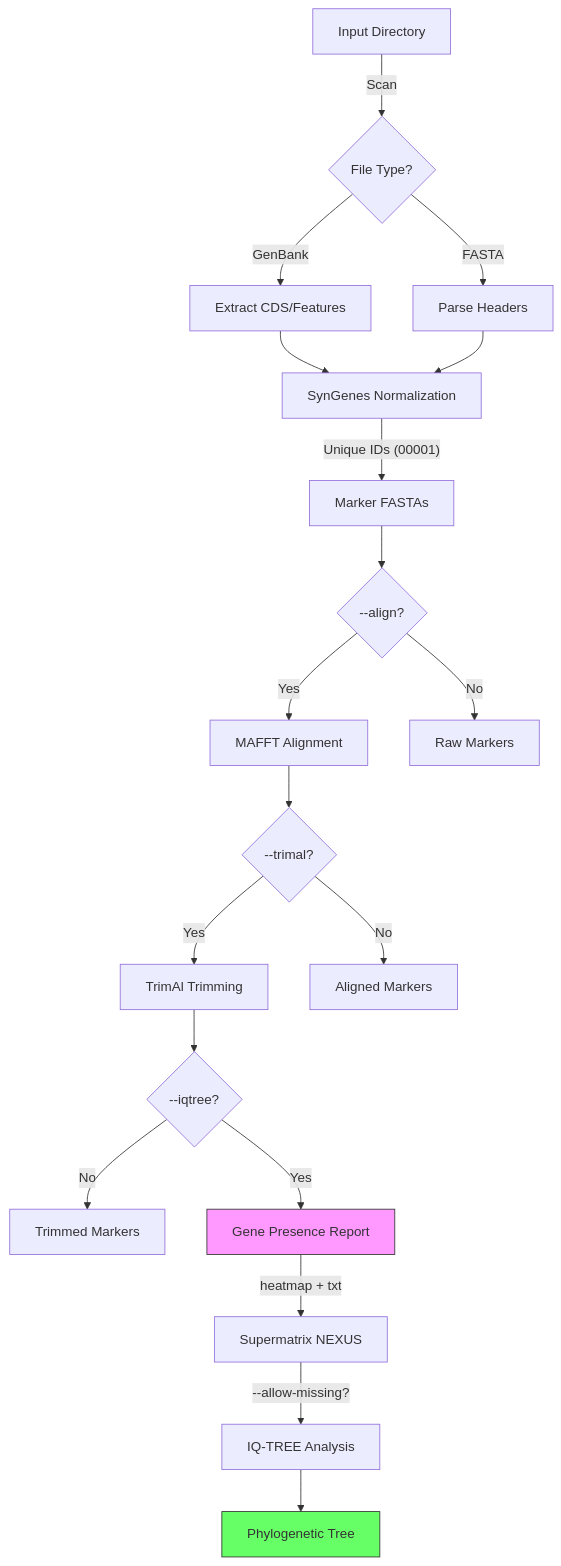
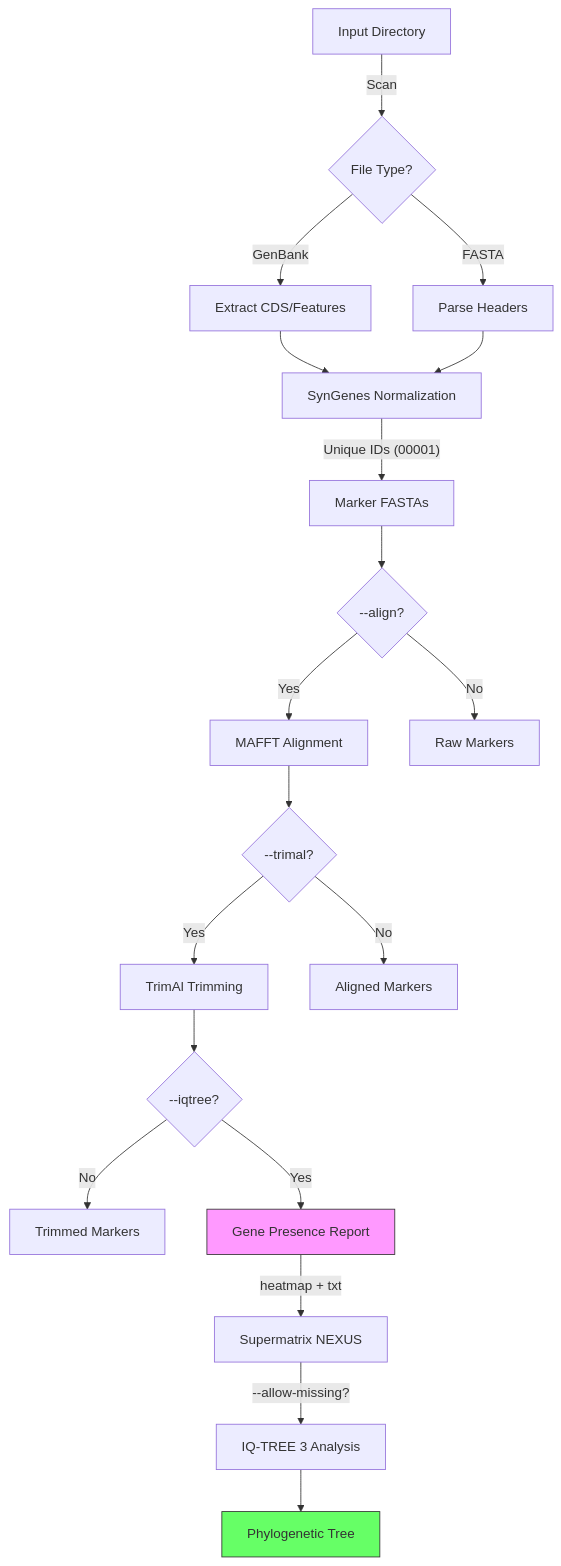
One commit to reinator/splace changed the diagram in README.md. Above: the diagram before and after it, drawn with Mermaid. The commit also changed other lines of this file and 230 other files, not shown here.

````diff
--- a/README.md
+++ b/README.md
@@ -749,24 +819,24 @@
 ```mermaid
 graph TD
     A[Input Directory] -->|Scan| B{File Type?}
     B -->|GenBank| C[Extract CDS/Features]
     B -->|FASTA| D[Parse Headers]
     C --> E[SynGenes Normalization]
     D --> E
     E -->|"Unique IDs (00001)"| F[Marker FASTAs]
     F --> G{--align?}
     G -->|Yes| H[MAFFT Alignment]
     G -->|No| END1[Raw Markers]
     H --> J{--trimal?}
     J -->|Yes| K[TrimAl Trimming]
     J -->|No| END2[Aligned Markers]
     K --> M{--iqtree?}
     M -->|No| END3[Trimmed Markers]
     M -->|Yes| R[Gene Presence Report]
     R -->|"heatmap + txt"| S[Supermatrix NEXUS]
-    S -->|"--allow-missing?"| T[IQ-TREE Analysis]
+    S -->|"--allow-missing?"| T[IQ-TREE 3 Analysis]
     T --> O[Phylogenetic Tree]
 
     style R fill:#f9f,stroke:#333
     style O fill:#6f6,stroke:#333
 ```
````
